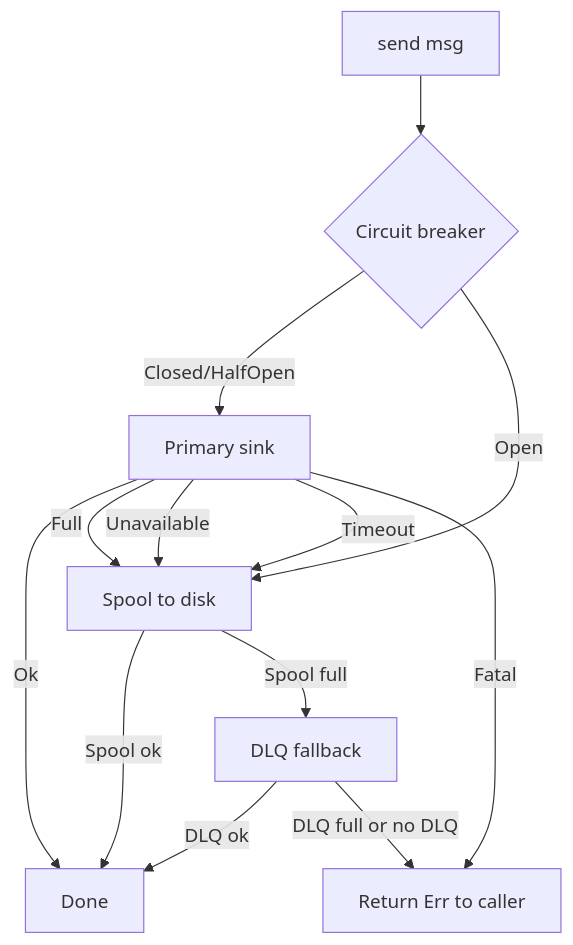
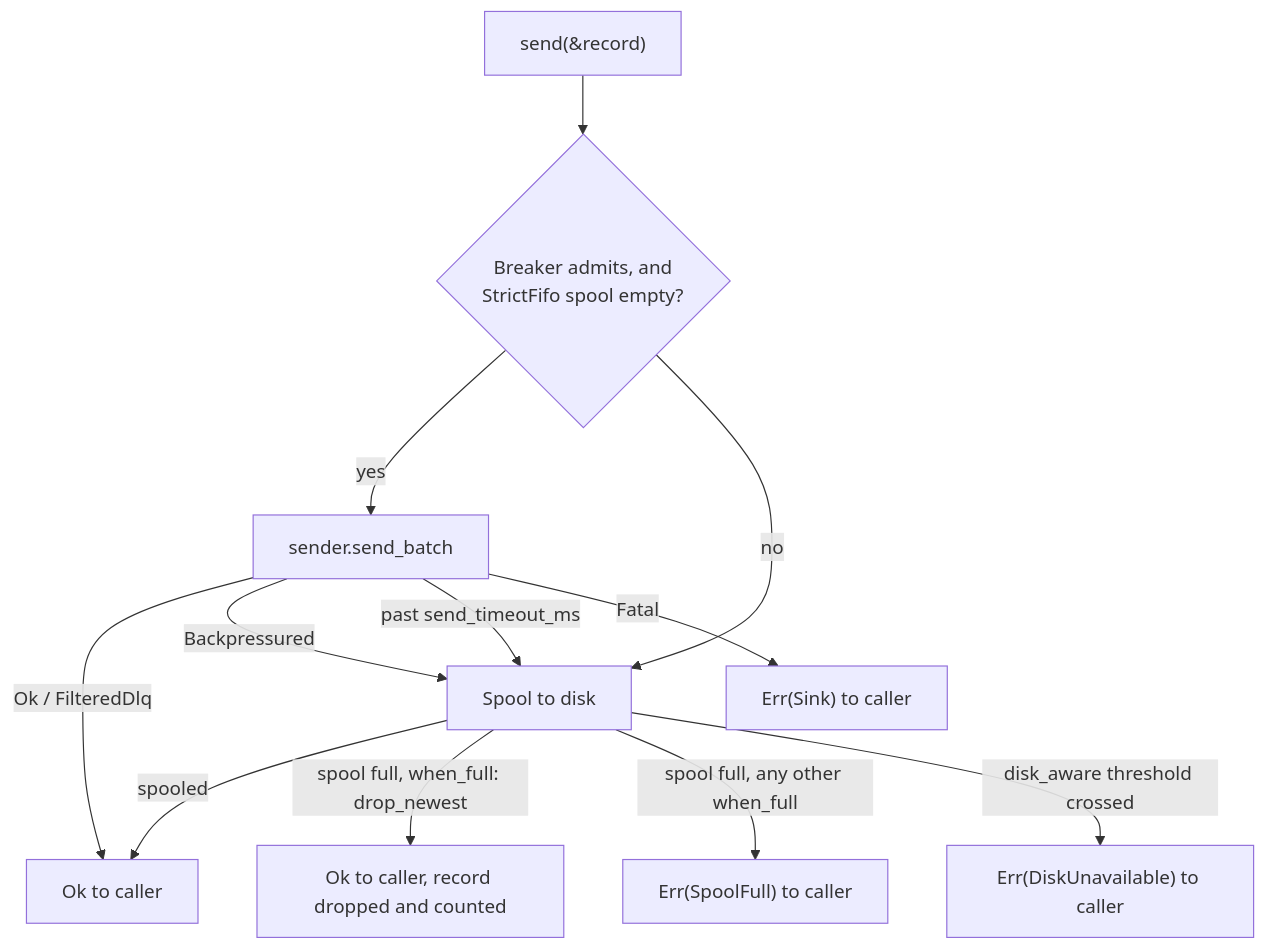
One commit to hyperi-io/scalo-rs changed the second of 3 diagrams in docs/pipeline/tiered-sink.md. Above: the diagram before and after it, drawn with Mermaid. The commit also changed other lines of this file and 14 other files, not shown here.

````diff
--- a/docs/pipeline/tiered-sink.md
+++ b/docs/pipeline/tiered-sink.md
@@ -40,15 +36,14 @@
 ```mermaid
 flowchart TB
-    S[send msg] --> CB{Circuit breaker}
-    CB -->|Closed/HalfOpen| P[Primary sink]
-    CB -->|Open| Sp[Spool to disk]
-    P -->|Ok| Done[Done]
-    P -->|Full| Sp
-    P -->|Unavailable| Sp
-    P -->|Timeout| Sp
-    P -->|Fatal| Err[Return Err to caller]
-    Sp -->|Spool ok| Done
-    Sp -->|Spool full| DLQ[DLQ fallback]
-    DLQ -->|DLQ ok| Done
-    DLQ -->|DLQ full or no DLQ| Err
+    S["send(&record)"] --> CB{"Breaker admits, and<br/>StrictFifo spool empty?"}
+    CB -->|yes| P["sender.send_batch"]
+    CB -->|no| Sp[Spool to disk]
+    P -->|"Ok / FilteredDlq"| Done["Ok to caller"]
+    P -->|Backpressured| Sp
+    P -->|"past send_timeout_ms"| Sp
+    P -->|Fatal| Err["Err(Sink) to caller"]
+    Sp -->|spooled| Done
+    Sp -->|"spool full, when_full: drop_newest"| Shed["Ok to caller, record dropped and counted"]
+    Sp -->|"spool full, any other when_full"| Full["Err(SpoolFull) to caller"]
+    Sp -->|"disk_aware threshold crossed"| Disk["Err(DiskUnavailable) to caller"]
 ```
````
